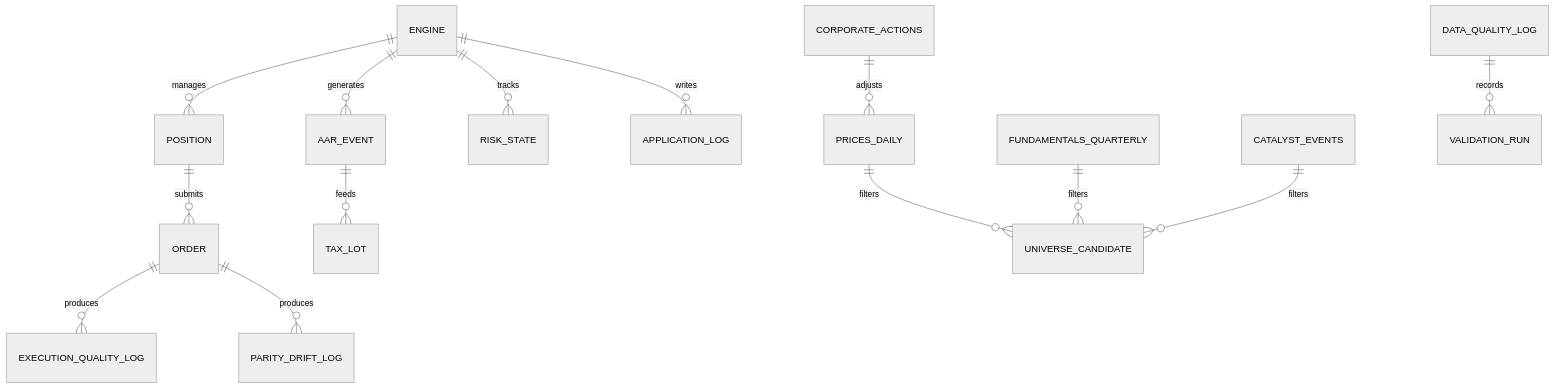
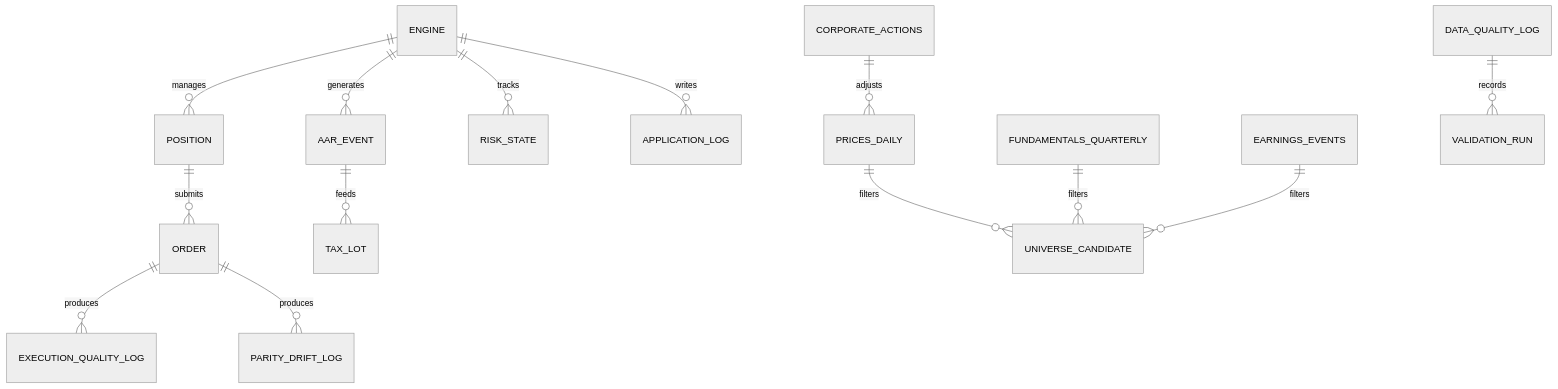
The first of 3 diagrams in docs/DATABASE_AND_DATAFLOW.md (michaeleasterly-cpu/short-term-trading-engine), drawn with Mermaid (neutral theme) before and after one commit. The commit also changed other lines of this file and 27 other files, not shown here.

First line of the commit message:
refactor: rename catalyst_events feed → earnings_events (lockstep)

````diff
--- a/docs/DATABASE_AND_DATAFLOW.md
+++ b/docs/DATABASE_AND_DATAFLOW.md
@@ -14,16 +14,16 @@
 ```mermaid
 erDiagram
     ENGINE ||--o{ POSITION : manages
     ENGINE ||--o{ AAR_EVENT : generates
     ENGINE ||--o{ RISK_STATE : tracks
     ENGINE ||--o{ APPLICATION_LOG : writes
     POSITION ||--o{ ORDER : submits
     ORDER ||--o{ EXECUTION_QUALITY_LOG : produces
     ORDER ||--o{ PARITY_DRIFT_LOG : produces
     AAR_EVENT ||--o{ TAX_LOT : feeds
     PRICES_DAILY ||--o{ UNIVERSE_CANDIDATE : filters
     FUNDAMENTALS_QUARTERLY ||--o{ UNIVERSE_CANDIDATE : filters
-    CATALYST_EVENTS ||--o{ UNIVERSE_CANDIDATE : filters
+    EARNINGS_EVENTS ||--o{ UNIVERSE_CANDIDATE : filters
     CORPORATE_ACTIONS ||--o{ PRICES_DAILY : adjusts
     DATA_QUALITY_LOG ||--o{ VALIDATION_RUN : records
 ```
````
